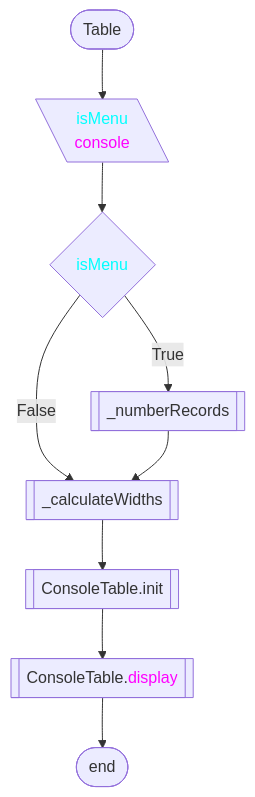
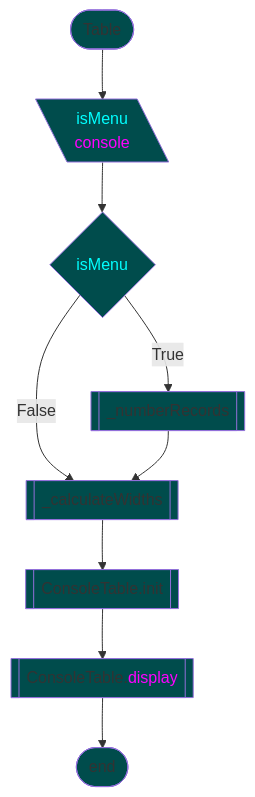
Diagram 17 of 20 in scripts/table/design.md (7s4e/p3), drawn with Mermaid before and after one commit. The commit also changed other lines of this file, not shown here.

````diff
--- a/scripts/table/design.md
+++ b/scripts/table/design.md
@@ -519,20 +522,21 @@
 ```mermaid
-flowchart TB
-    STR([Table])
+flowchart
+    classDef fill fill:#004c4c
+    STR([Table]):::fill
         STR --> INP
     INP[\"<span style='color:cyan;'>isMenu</span>
-          <span style='color:magenta;'>console</span>"\]
+          <span style='color:magenta;'>console</span>"\]:::fill
         INP --> IIM
-    IIM{"<span style='color:cyan;'>isMenu</span>"}
+    IIM{"<span style='color:cyan;'>isMenu</span>"}:::fill
         IIM -- True  --> NBR
         IIM -- False --> CWD
-    NBR[[_numberRecords]]
+    NBR[[_numberRecords]]:::fill
         NBR --> CWD
-    CWD[[_calculateWidths]]
+    CWD[[_calculateWidths]]:::fill
         CWD --> CST
-    CST[[ConsoleTable.init]]
+    CST[[ConsoleTable.init]]:::fill
         CST --> DIS
-    DIS[["ConsoleTable.<span style='color:magenta;'>display</span>"]]
+    DIS[["ConsoleTable.<span style='color:magenta;'>display</span>"]]:::fill
         DIS --> END
-    END([end])
+    END([end]):::fill
 ```
````
